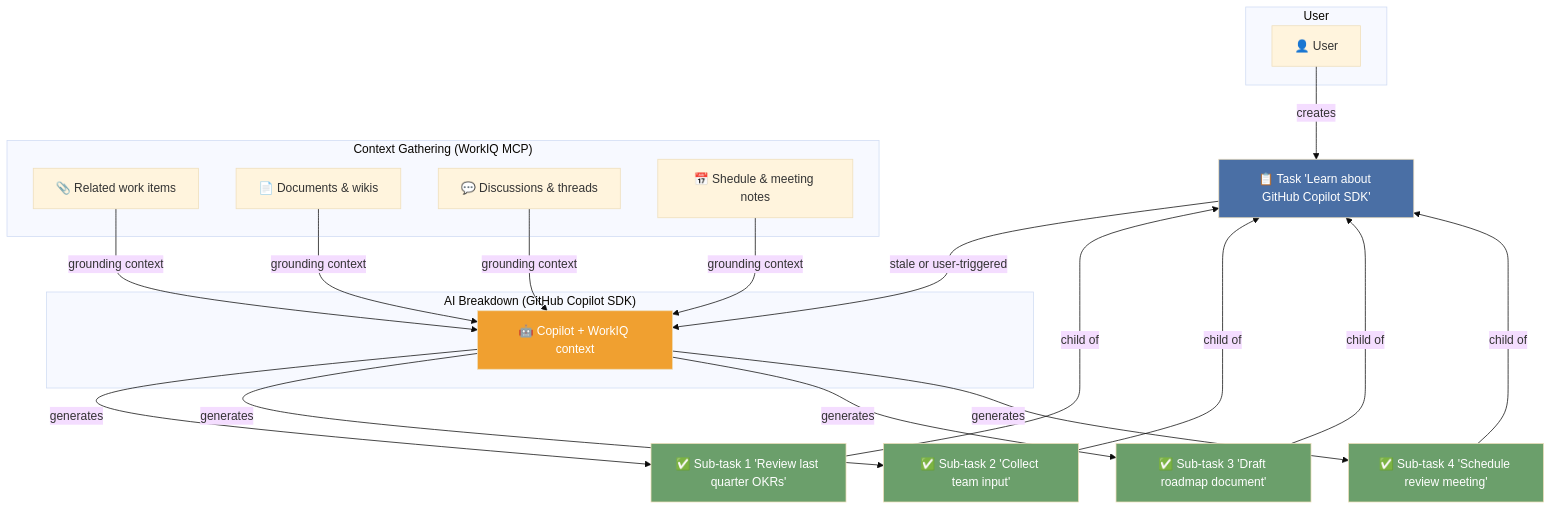
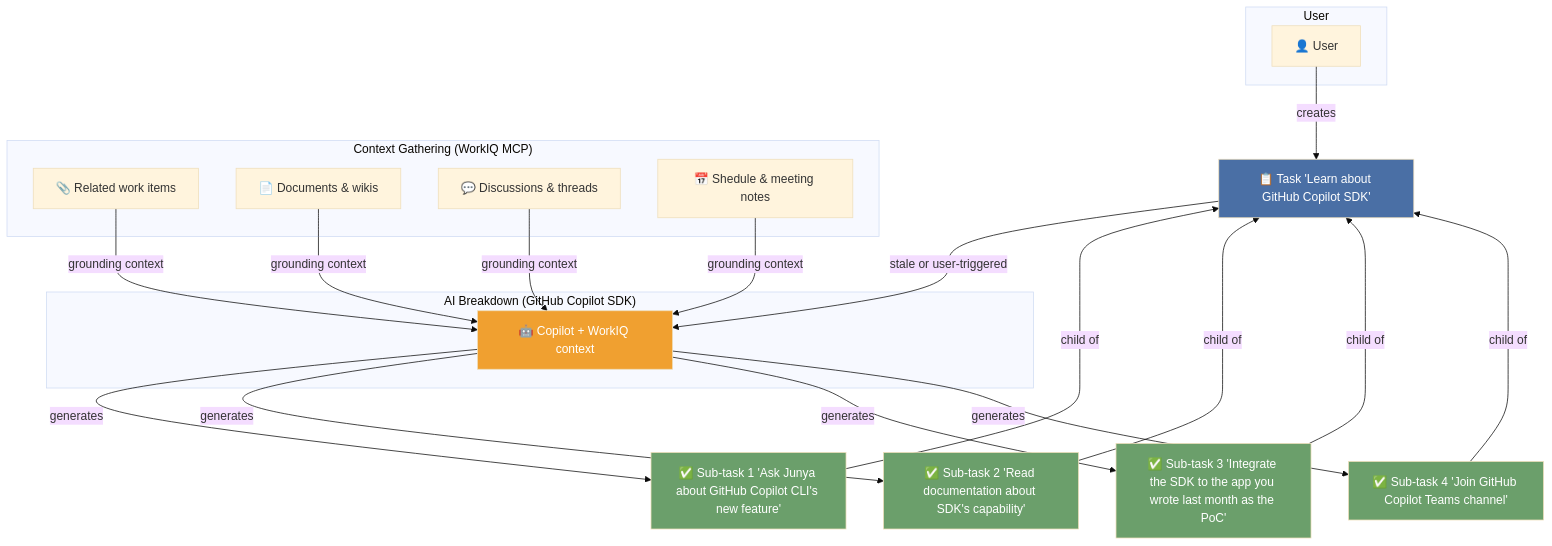
One commit to shunkino/task-breaker changed the diagram in readme.md. Above: the diagram before and after it, drawn with Mermaid (base theme). The commit also changed other lines of this file and 1 other file, not shown here.

Commit message:
Add logo

````diff
--- a/readme.md
+++ b/readme.md
@@ -35,36 +39,36 @@
 ```mermaid
 flowchart TD
     subgraph User
         U["👤 User"]
     end
 
     U -- "creates" --> T0["📋 Task 'Learn about GitHub Copilot SDK'"]
 
     subgraph Context ["Context Gathering (WorkIQ MCP)"]
         W1["📎 Related work items"]
         W2["📄 Documents & wikis"]
         W3["💬 Discussions & threads"]
         W4["📅 Shedule & meeting notes"]
     end
 
     subgraph AI ["AI Breakdown (GitHub Copilot SDK)"]
         COP["🤖 Copilot + WorkIQ context"]
     end
 
     T0 -- "stale or user-triggered" --> COP
     W1 & W2 & W3 & W4 -- "grounding context" --> COP
 
-    COP -- "generates" --> T1["✅ Sub-task 1 'Review last quarter OKRs'"]
-    COP -- "generates" --> T2["✅ Sub-task 2 'Collect team input'"]
-    COP -- "generates" --> T3["✅ Sub-task 3 'Draft roadmap document'"]
-    COP -- "generates" --> T4["✅ Sub-task 4 'Schedule review meeting'"]
+    COP -- "generates" --> T1["✅ Sub-task 1 'Ask Junya about GitHub Copilot CLI's new feature'"]
+    COP -- "generates" --> T2["✅ Sub-task 2 'Read documentation about SDK's capability'"]
+    COP -- "generates" --> T3["✅ Sub-task 3 'Integrate the SDK to the app you wrote last month as the PoC'"]
+    COP -- "generates" --> T4["✅ Sub-task 4 'Join GitHub Copilot Teams channel'"]
 
     T1 & T2 & T3 & T4 -- "child of" --> T0
 
     style T0 fill:#4a6fa5,color:#fff
     style T1 fill:#6b9f6b,color:#fff
     style T2 fill:#6b9f6b,color:#fff
     style T3 fill:#6b9f6b,color:#fff
     style T4 fill:#6b9f6b,color:#fff
     style COP fill:#f0a030,color:#fff
 ```
````
